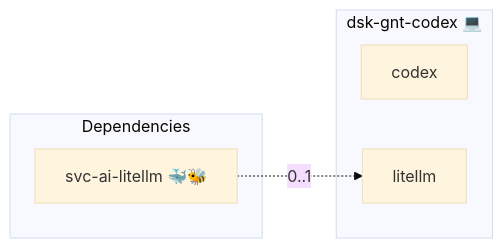
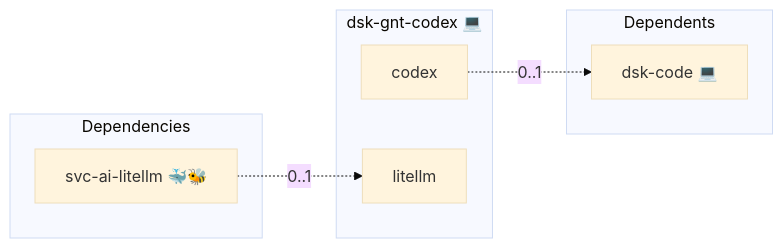
One commit to infinito-nexus/core changed the diagram in roles/dsk-gnt-codex/README.md. Above: the diagram before and after it, drawn with Mermaid (base theme). The commit also changed 4 other files, not shown here.

````diff
--- a/roles/dsk-gnt-codex/README.md
+++ b/roles/dsk-gnt-codex/README.md
@@ -17,11 +17,15 @@
 ```mermaid
 flowchart LR
     subgraph deps [Dependencies]
         dep_svc_ai_litellm["svc-ai-litellm 🐳🐝"]
     end
     subgraph role [dsk-gnt-codex 💻]
         svc_codex["codex"]
         svc_litellm["litellm"]
     end
+    subgraph dependents [Dependents]
+        dpt_dsk_code["dsk-code 💻"]
+    end
     dep_svc_ai_litellm -. "0..1" .-> svc_litellm
+    svc_codex -. "0..1" .-> dpt_dsk_code
 ```
````
